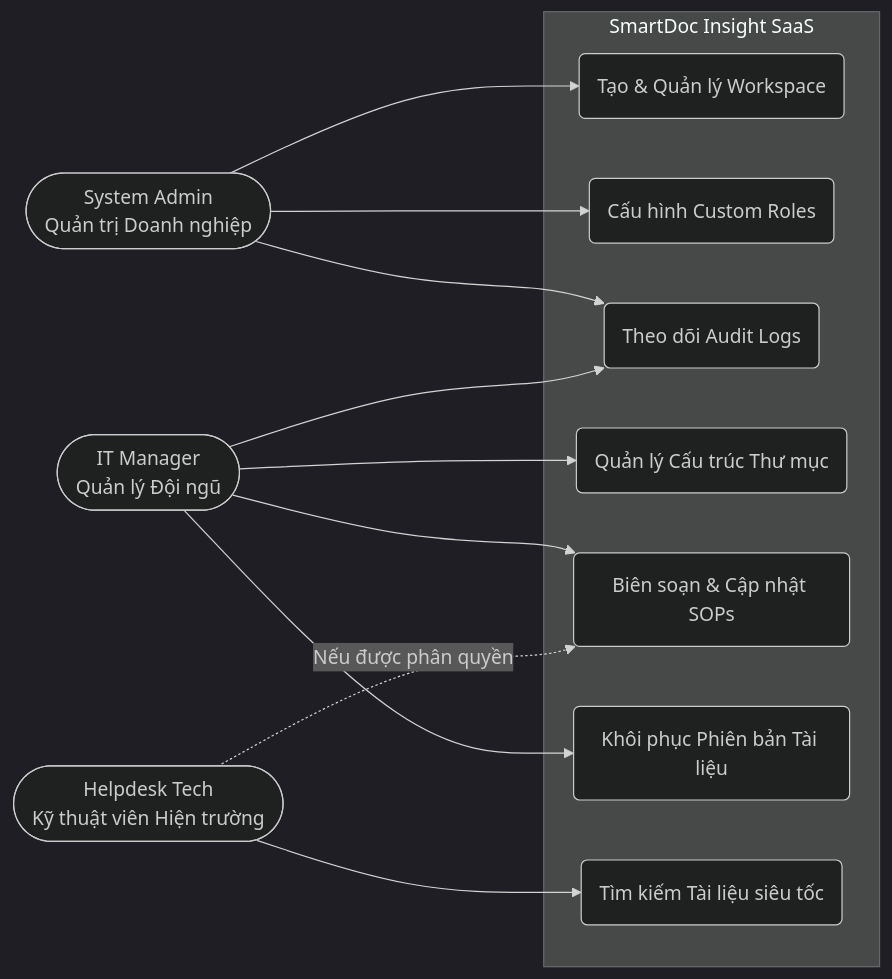
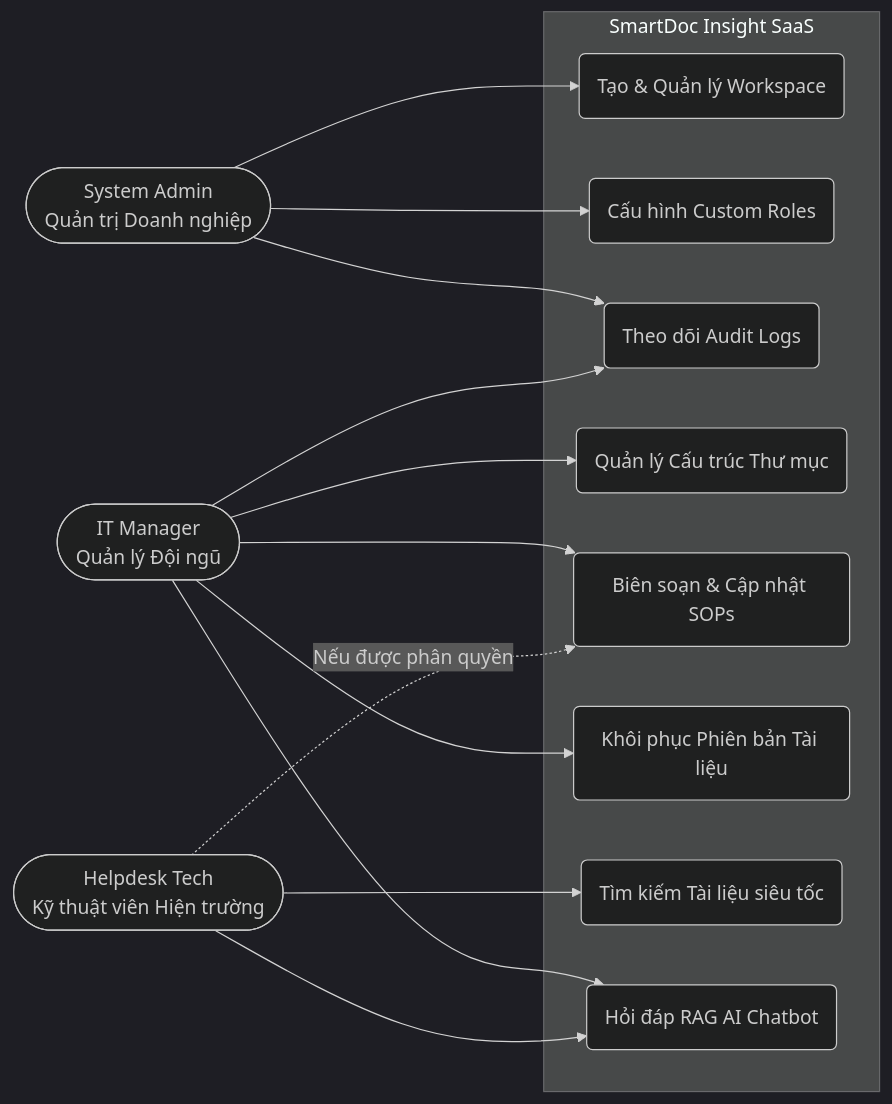
Before and after one commit to cminh0929/SmartDoc-Insight: the diagram in docs/chapter1.md, drawn with Mermaid (dark theme). The commit also changed other lines of this file and 9 other files, not shown here.

````diff
--- a/docs/chapter1.md
+++ b/docs/chapter1.md
@@ -23,28 +26,31 @@
 ```mermaid
 flowchart LR
     Admin([System Admin\nQuản trị Doanh nghiệp])
     Manager([IT Manager\nQuản lý Đội ngũ])
     Tech([Helpdesk Tech\nKỹ thuật viên Hiện trường])
 
     subgraph SmartDoc Insight SaaS
-        UC1(Tạo & Quản lý Workspace)
-        UC2(Cấu hình Custom Roles)
-        UC3(Theo dõi Audit Logs)
-        UC4(Quản lý Cấu trúc Thư mục)
-        UC5(Biên soạn & Cập nhật SOPs)
-        UC6(Khôi phục Phiên bản Tài liệu)
-        UC7(Tìm kiếm Tài liệu siêu tốc)
+        UC1("Tạo & Quản lý Workspace")
+        UC2("Cấu hình Custom Roles")
+        UC3("Theo dõi Audit Logs")
+        UC4("Quản lý Cấu trúc Thư mục")
+        UC5("Biên soạn & Cập nhật SOPs")
+        UC6("Khôi phục Phiên bản Tài liệu")
+        UC7("Tìm kiếm Tài liệu siêu tốc")
+        UC8("Hỏi đáp RAG AI Chatbot")
     end
 
     Admin --> UC1
     Admin --> UC2
     Admin --> UC3
-    
+
     Manager --> UC4
     Manager --> UC5
     Manager --> UC6
     Manager --> UC3
+    Manager --> UC8
 
     Tech --> UC7
+    Tech --> UC8
     Tech -. "Nếu được phân quyền" .-> UC5
 ```
````
